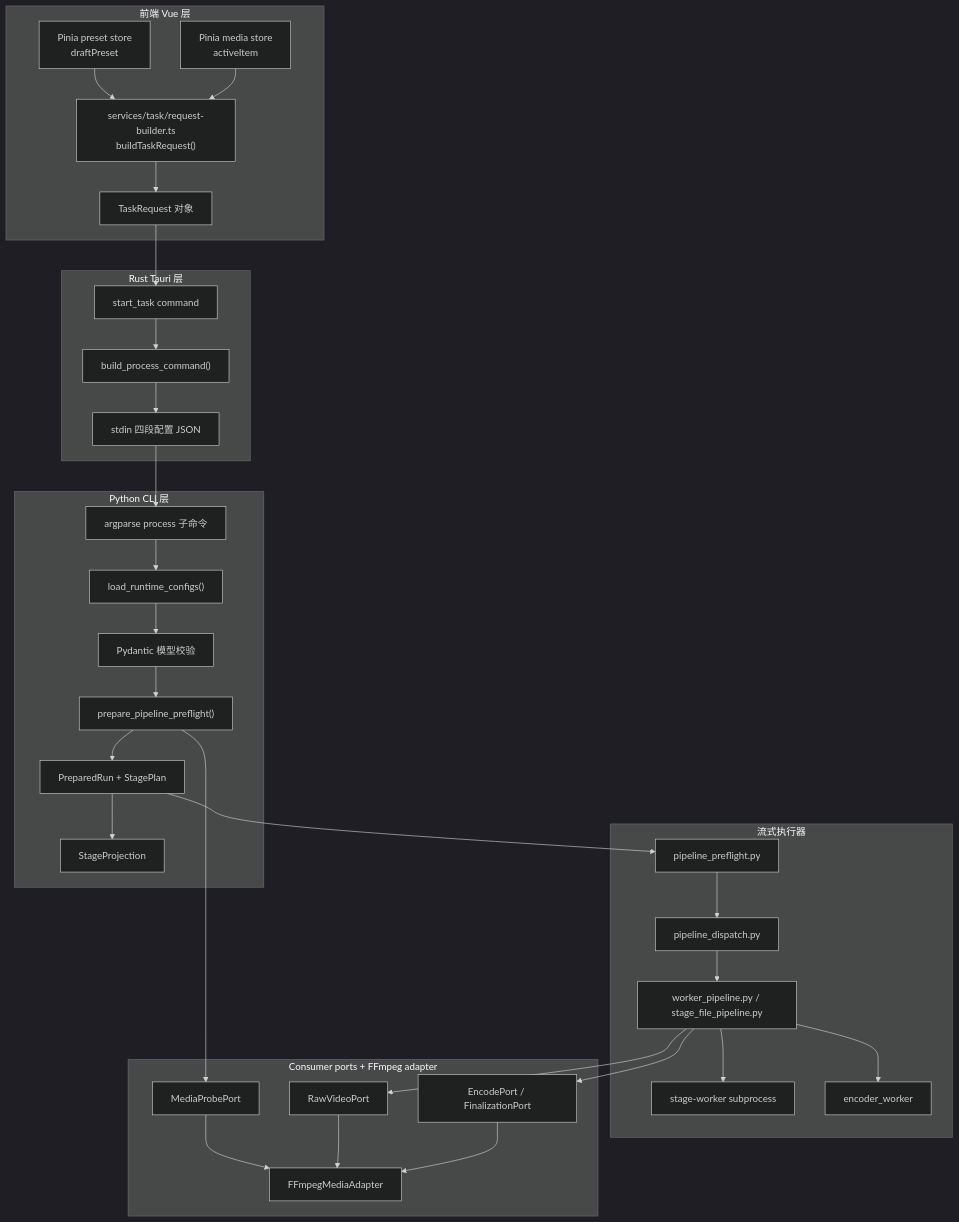
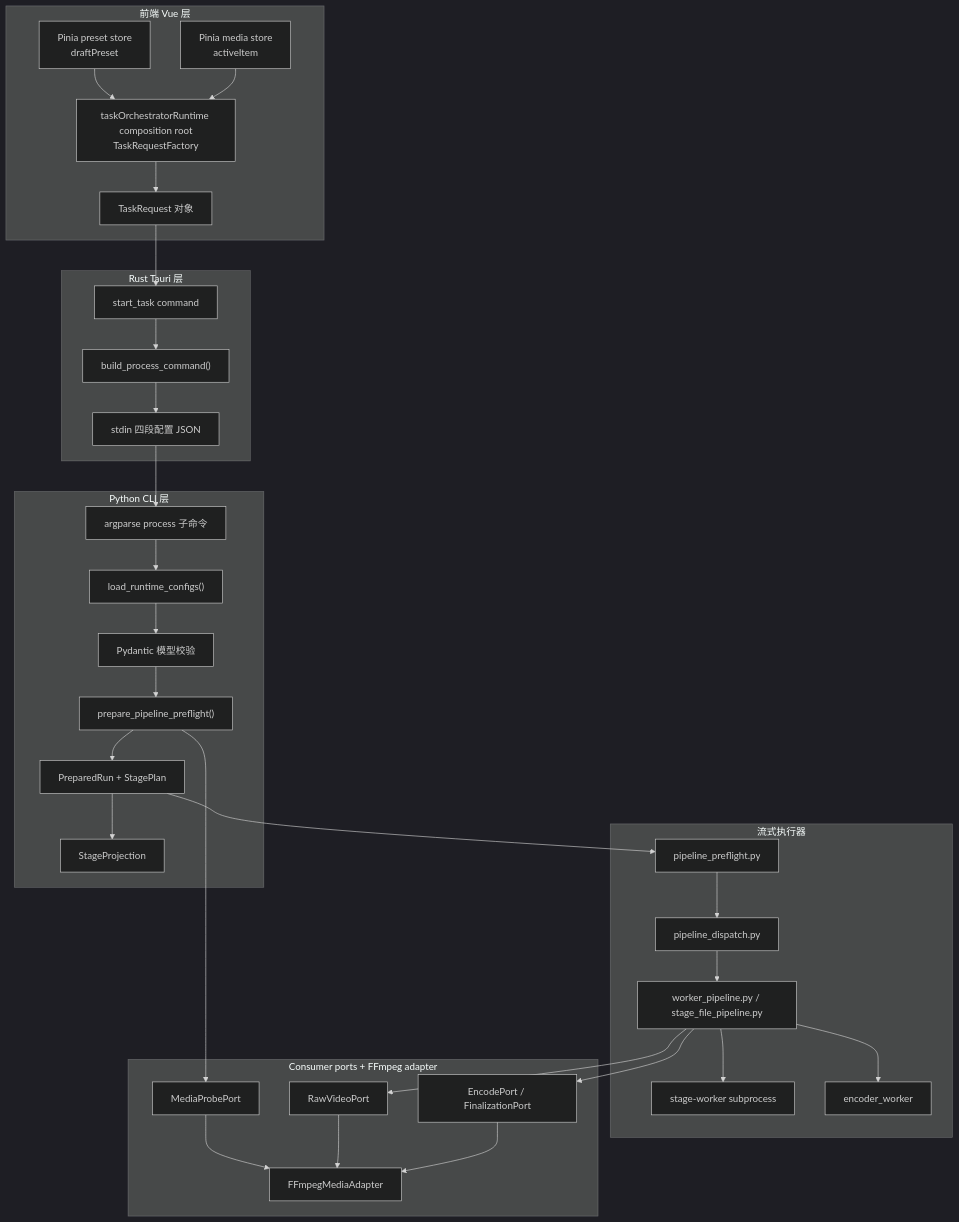
One commit to youge325/vp changed the first of 4 diagrams in docs/06-data-flow.md. Above: the diagram before and after it, drawn with Mermaid (dark theme). The commit also changed other lines of this file and 6 other files, not shown here.

````diff
--- a/docs/06-data-flow.md
+++ b/docs/06-data-flow.md
@@ -7,63 +7,63 @@
 ```mermaid
 graph TD
     subgraph FE["前端 Vue 层"]
         F1["Pinia preset store<br/>draftPreset"]
         F2["Pinia media store<br/>activeItem"]
-        F3["services/task/request-builder.ts<br/>buildTaskRequest()"]
+        F3["taskOrchestratorRuntime composition root<br/>TaskRequestFactory"]
         F4["TaskRequest 对象"]
     end
 
     subgraph RS["Rust Tauri 层"]
         R1["start_task command"]
         R2["build_process_command()"]
         R3["stdin 四段配置 JSON"]
     end
 
     subgraph PY["Python CLI 层"]
         P1["argparse process 子命令"]
         P2["load_runtime_configs()"]
         P3["Pydantic 模型校验"]
         P4["prepare_pipeline_preflight()"]
         P5["PreparedRun + StagePlan"]
         P6["StageProjection"]
     end
 
     subgraph EX["流式执行器"]
         E1["pipeline_preflight.py"]
         E2["pipeline_dispatch.py"]
         E3["worker_pipeline.py / stage_file_pipeline.py"]
         E4["stage-worker subprocess"]
         E5["encoder_worker"]
     end
 
     subgraph FF["Consumer ports + FFmpeg adapter"]
         FFP["MediaProbePort"]
         FFR["RawVideoPort"]
         FFE["EncodePort / FinalizationPort"]
         FFA["FFmpegMediaAdapter"]
     end
 
     F1 --> F3
     F2 --> F3
     F3 --> F4
     F4 --> R1
     R1 --> R2
     R2 --> R3
     R3 --> P1
     P1 --> P2
     P2 --> P3
     P3 --> P4
     P4 --> P5
     P5 --> P6
     P5 --> E1
     E1 --> E2
     E2 --> E3
     E3 --> E4
     E3 --> E5
     P4 --> FFP
     E3 --> FFR
     E3 --> FFE
     FFP --> FFA
     FFR --> FFA
     FFE --> FFA
 ```
````
